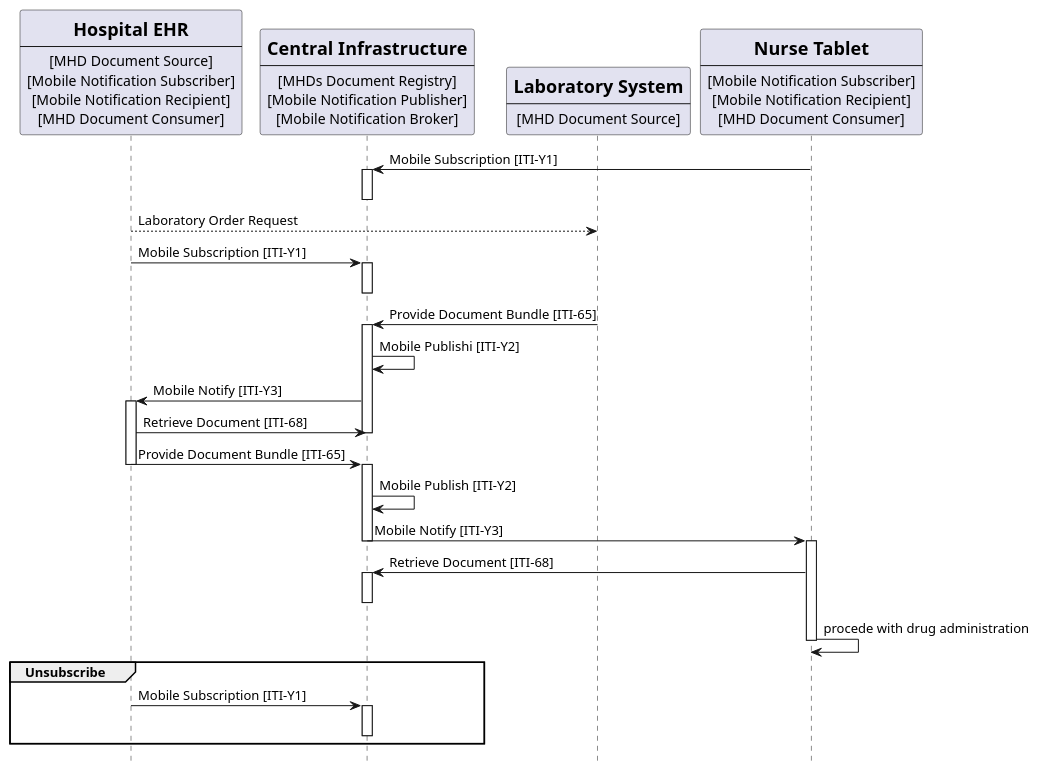
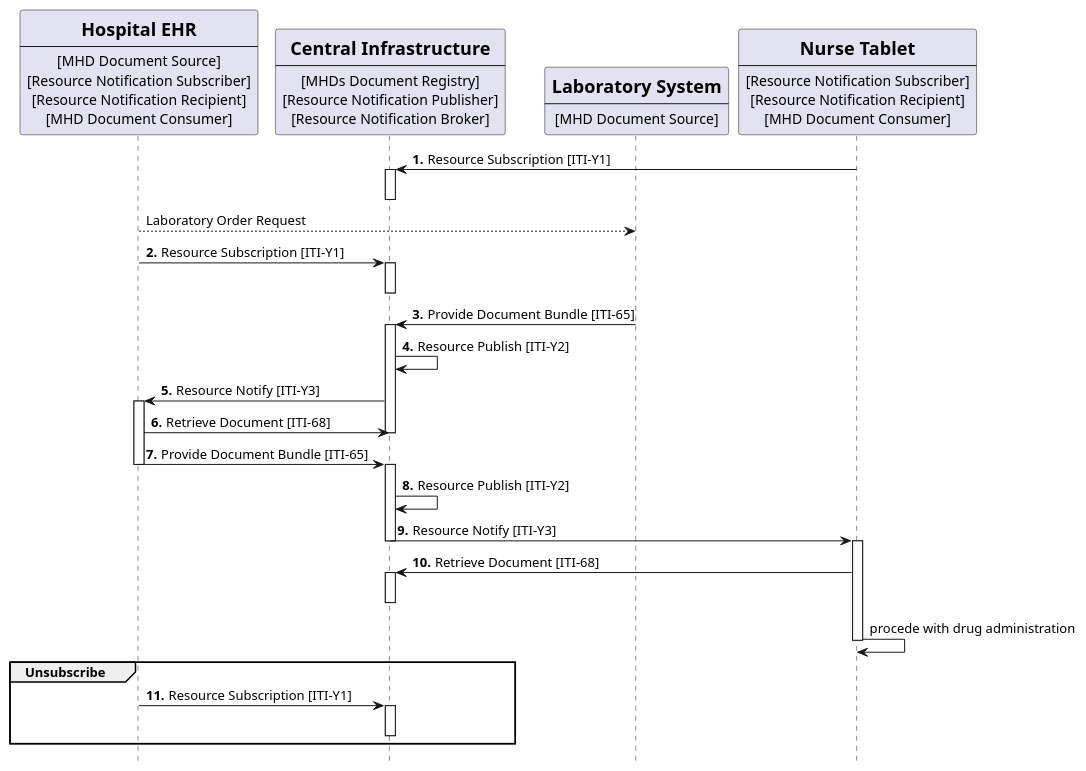
The diagram in input/images-source/usecase1-processflow.plantuml (IHE/ITI.DSUBm), drawn with PlantUML before and after one commit. The commit also changed 9 other files, not shown here.

```diff
--- a/input/images-source/usecase1-processflow.plantuml
+++ b/input/images-source/usecase1-processflow.plantuml
@@ -1,80 +1,82 @@
 @startuml
 skinparam svgDimensionStyle false
 hide footbox
 
 /'title "Subscription with DSUBm on MHDs infrastructure: Laboratory Results and ePrescription"'/
 participant HospitalEHR [
     =Hospital EHR
     ----
     [MHD Document Source]
-    [Mobile Notification Subscriber]
-    [Mobile Notification Recipient]
+    [Resource Notification Subscriber]
+    [Resource Notification Recipient]
     [MHD Document Consumer]
 ] 
 
 participant MHDsDocumentRegistry [
     =Central Infrastructure
     ----
     [MHDs Document Registry]
-    [Mobile Notification Publisher]
-    [Mobile Notification Broker]
+    [Resource Notification Publisher]
+    [Resource Notification Broker]
     ] 
 
 
 participant LaboratorySystem [
     =Laboratory System
     ----
     [MHD Document Source]
 ] 
 
 participant NurseTablet [
     =Nurse Tablet
     ----
-    [Mobile Notification Subscriber]
-    [Mobile Notification Recipient]
+    [Resource Notification Subscriber]
+    [Resource Notification Recipient]
     [MHD Document Consumer]
 ] 
-
-NurseTablet -> MHDsDocumentRegistry:   Mobile Subscription [ITI-Y1]
+autonumber "<b>."
+NurseTablet -> MHDsDocumentRegistry:   Resource Subscription [ITI-Y1]
 activate MHDsDocumentRegistry
 deactivate MHDsDocumentRegistry
+autonumber stop
 HospitalEHR --> LaboratorySystem:  Laboratory Order Request
-
-HospitalEHR -> MHDsDocumentRegistry:  Mobile Subscription [ITI-Y1]
+autonumber 2 "<b>."
+HospitalEHR -> MHDsDocumentRegistry:  Resource Subscription [ITI-Y1]
 activate MHDsDocumentRegistry
 deactivate MHDsDocumentRegistry
 
 
 
 
 LaboratorySystem -> MHDsDocumentRegistry: Provide Document Bundle [ITI-65]
 activate MHDsDocumentRegistry
-MHDsDocumentRegistry -> MHDsDocumentRegistry : Mobile Publishi [ITI-Y2]
-MHDsDocumentRegistry -> HospitalEHR : Mobile Notify [ITI-Y3]
+MHDsDocumentRegistry -> MHDsDocumentRegistry : Resource Publish [ITI-Y2]
+MHDsDocumentRegistry -> HospitalEHR : Resource Notify [ITI-Y3]
 activate HospitalEHR
 
 HospitalEHR -> MHDsDocumentRegistry:  Retrieve Document [ITI-68]
 deactivate MHDsDocumentRegistry
 HospitalEHR -> MHDsDocumentRegistry: Provide Document Bundle [ITI-65]
 deactivate HospitalEHR
 
 activate MHDsDocumentRegistry
-MHDsDocumentRegistry -> MHDsDocumentRegistry : Mobile Publish [ITI-Y2]
-MHDsDocumentRegistry -> NurseTablet : Mobile Notify [ITI-Y3]
+MHDsDocumentRegistry -> MHDsDocumentRegistry : Resource Publish [ITI-Y2]
+MHDsDocumentRegistry -> NurseTablet : Resource Notify [ITI-Y3]
 deactivate MHDsDocumentRegistry
 activate NurseTablet
 NurseTablet -> MHDsDocumentRegistry: Retrieve Document [ITI-68]
 activate MHDsDocumentRegistry
 deactivate MHDsDocumentRegistry
+autonumber stop
 NurseTablet -> NurseTablet: procede with drug administration
 deactivate NurseTablet
 
-
+autonumber 11 "<b>."
 group Unsubscribe
-  HospitalEHR ->MHDsDocumentRegistry: Mobile Subscription [ITI-Y1]
+  HospitalEHR ->MHDsDocumentRegistry: Resource Subscription [ITI-Y1]
   activate MHDsDocumentRegistry
   deactivate MHDsDocumentRegistry
   
 end
 
 @enduml
```
